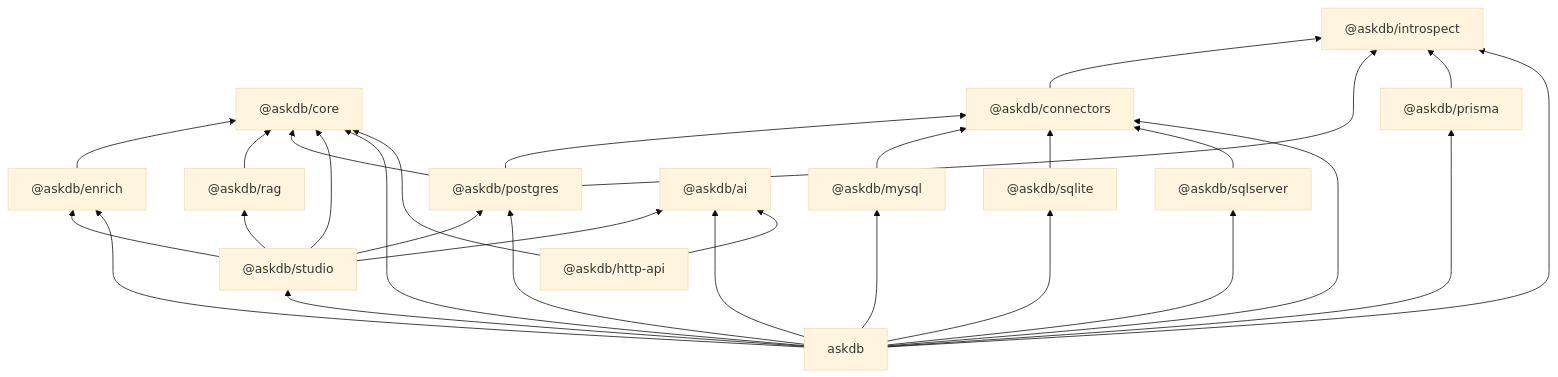
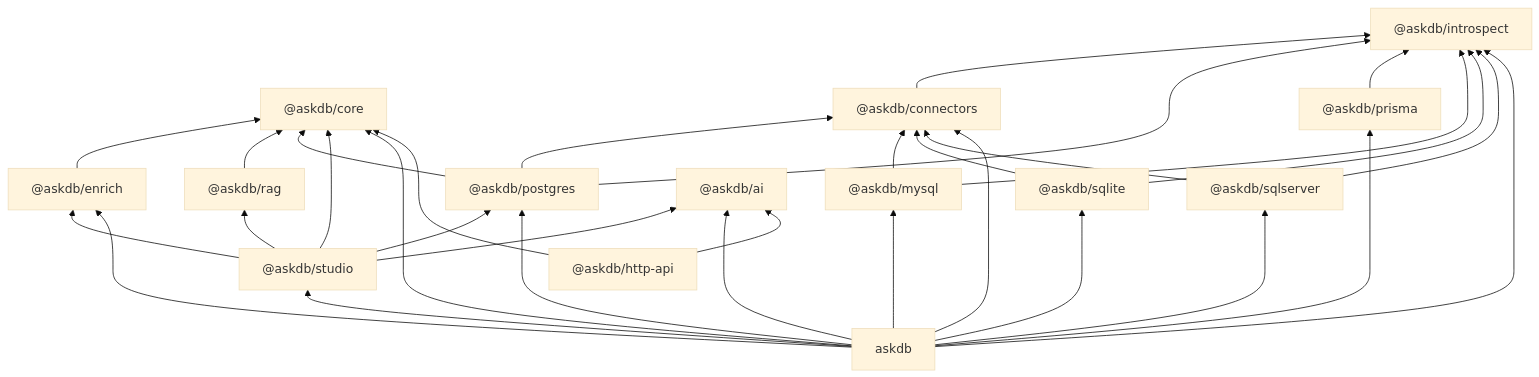
Before and after one commit to Ygilany/AskDB: the third of 7 diagrams in docs/architecture.md, drawn with Mermaid (base theme). The commit also changed other lines of this file and 16 other files, not shown here.

````diff
--- a/docs/architecture.md
+++ b/docs/architecture.md
@@ -121,46 +124,49 @@
 ```mermaid
 flowchart BT
   core["@askdb/core"]
   introspect["@askdb/introspect"]
   enrich["@askdb/enrich"]
   rag["@askdb/rag"]
   postgres["@askdb/postgres"]
   prisma["@askdb/prisma"]
   connectors["@askdb/connectors"]
   mysql["@askdb/mysql"]
   sqlite["@askdb/sqlite"]
   sqlserver["@askdb/sqlserver"]
   ai["@askdb/ai"]
   studio["@askdb/studio"]
   cli["askdb"]
   http["@askdb/http-api"]
 
   connectors --> introspect
   enrich --> core
   rag --> core
   postgres --> core
   postgres --> introspect
   postgres --> connectors
   prisma --> introspect
+  mysql --> introspect
   mysql --> connectors
+  sqlite --> introspect
   sqlite --> connectors
+  sqlserver --> introspect
   sqlserver --> connectors
   studio --> enrich
   studio --> core
   studio --> postgres
   studio --> rag
   studio --> ai
   cli --> core
   cli --> introspect
   cli --> postgres
   cli --> prisma
   cli --> connectors
   cli --> mysql
   cli --> sqlite
   cli --> sqlserver
   cli --> enrich
   cli --> studio
   cli --> ai
   http --> core
   http --> ai
 ```
````
